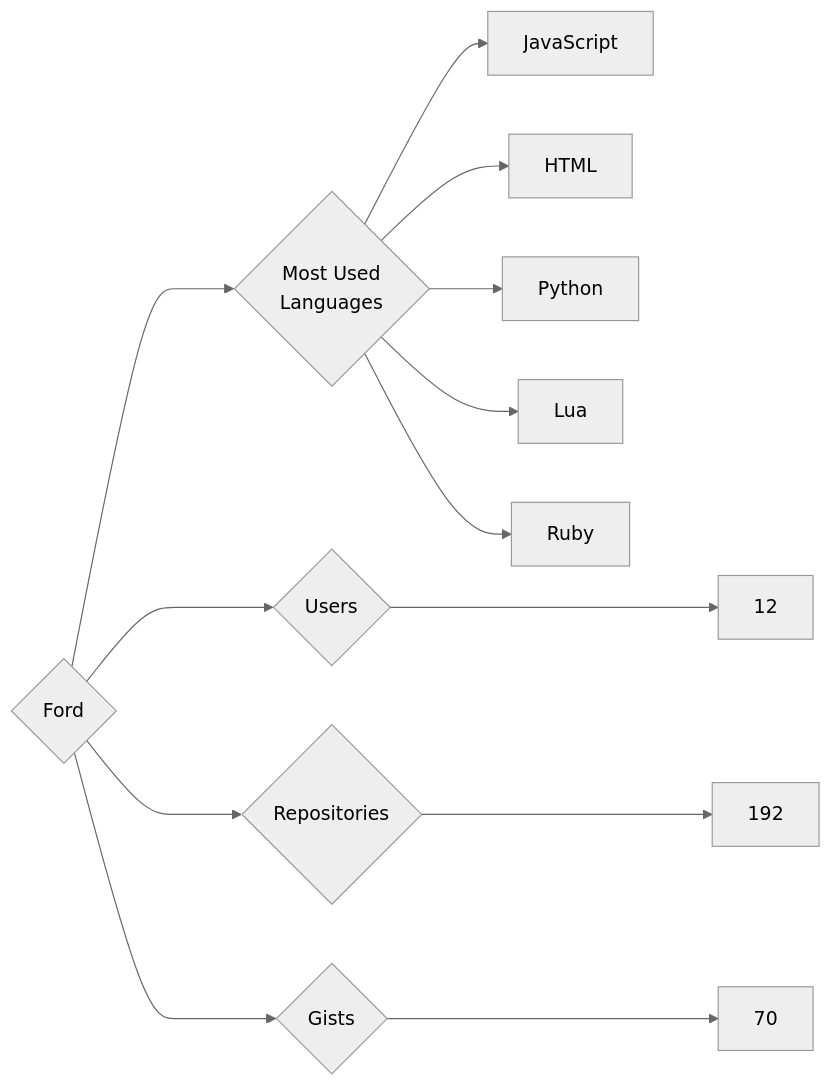
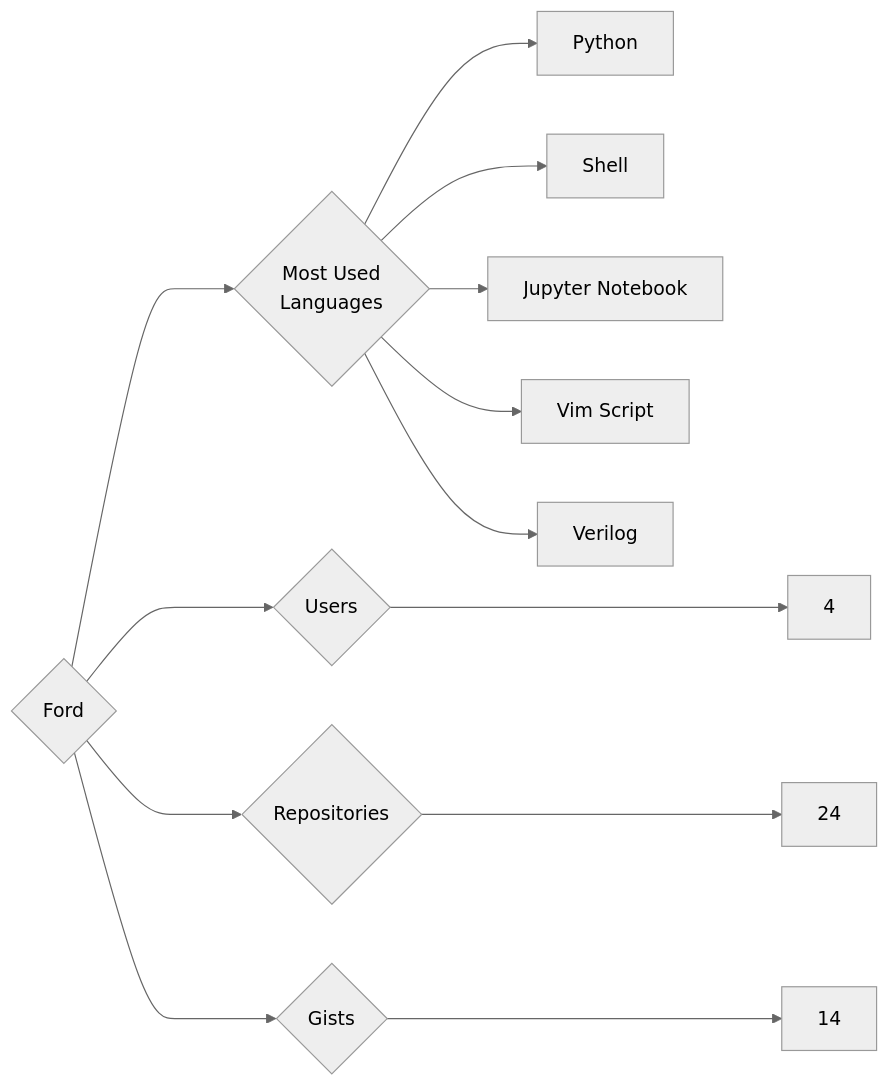
The diagram in targets/Ford/README.md (trickest/insiders), drawn with Mermaid (neutral theme) before and after one commit. The commit also changed 860 other files, not shown here.

````diff
--- a/targets/Ford/README.md
+++ b/targets/Ford/README.md
@@ -3,13 +3,13 @@
 ```mermaid
 graph LR
 COMPANY_NAME{Ford}
-COMPANY_NAME ---> U{Users} ---> UN[12]
-COMPANY_NAME ---> R{Repositories} ---> RN[192]
-COMPANY_NAME ---> G{Gists} ---> GN[70]
+COMPANY_NAME ---> U{Users} ---> UN[4]
+COMPANY_NAME ---> R{Repositories} ---> RN[24]
+COMPANY_NAME ---> G{Gists} ---> GN[14]
 COMPANY_NAME ---> ML{Most Used<br>Languages}
-ML --> JavaScript[JavaScript]
-ML --> HTML[HTML]
 ML --> Python[Python]
-ML --> Lua[Lua]
-ML --> Ruby[Ruby]
+ML --> Shell[Shell]
+ML --> Jupyter_Notebook[Jupyter Notebook]
+ML --> Vim_Script[Vim Script]
+ML --> Verilog[Verilog]
 ```
````
